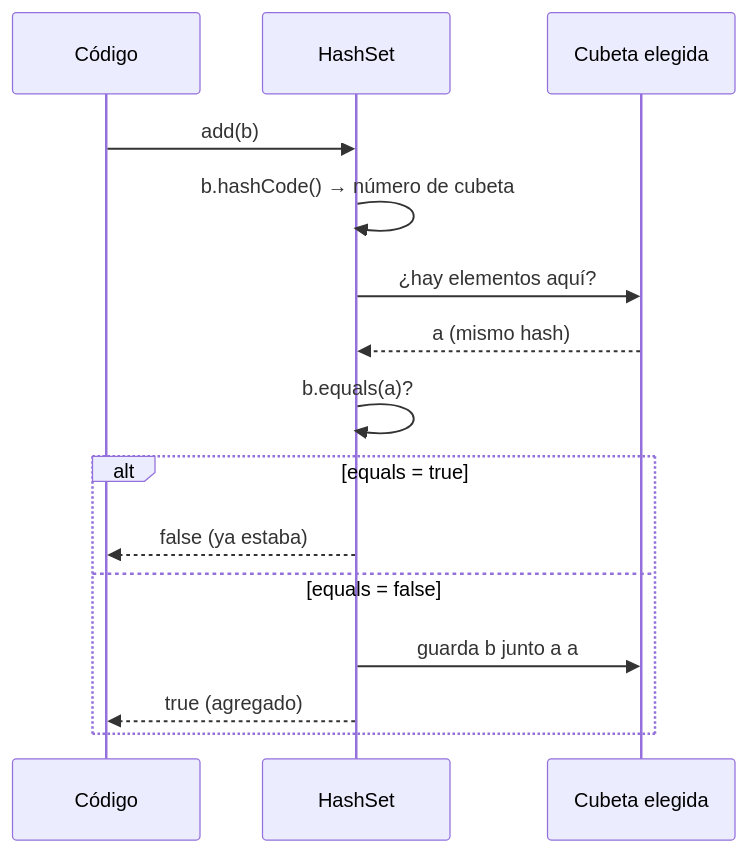
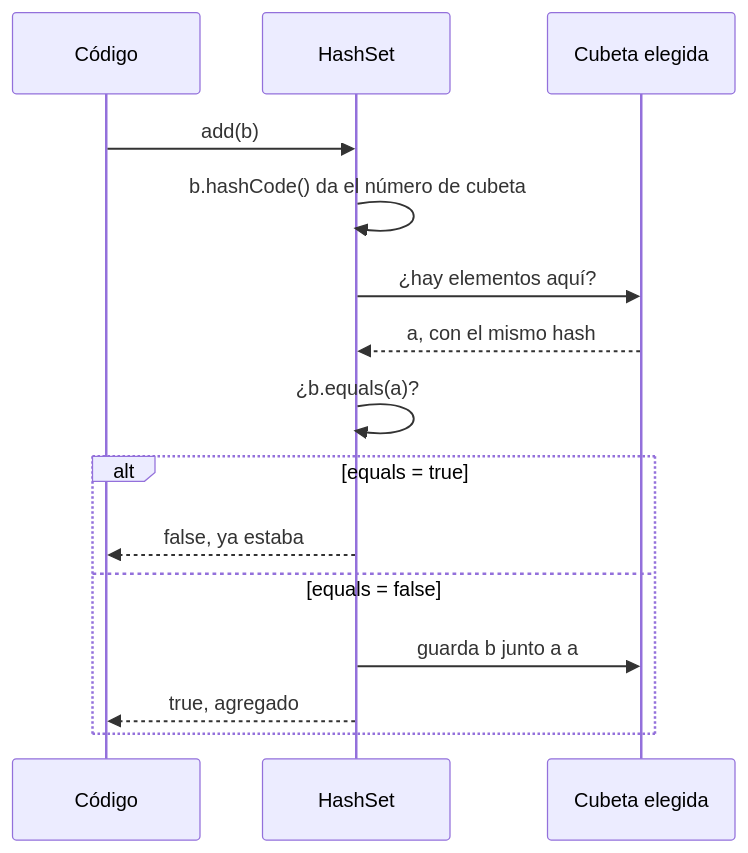
The second of 6 diagrams in web/public/content/java/modulo-2.md (NICORUIZ93/The_Imperial_Book), drawn with Mermaid before and after one commit. The commit also changed other lines of this file and 65 other files, not shown here.

````diff
--- a/web/public/content/java/modulo-2.md
+++ b/web/public/content/java/modulo-2.md
@@ -528,17 +633,17 @@
 ```mermaid
 sequenceDiagram
   participant C as Código
   participant H as HashSet
   participant B as Cubeta elegida
   C->>H: add(b)
-  H->>H: b.hashCode() → número de cubeta
+  H->>H: b.hashCode() da el número de cubeta
   H->>B: ¿hay elementos aquí?
-  B-->>H: a (mismo hash)
-  H->>H: b.equals(a)?
+  B-->>H: a, con el mismo hash
+  H->>H: ¿b.equals(a)?
   alt equals = true
-    H-->>C: false (ya estaba)
+    H-->>C: false, ya estaba
   else equals = false
     H->>B: guarda b junto a a
-    H-->>C: true (agregado)
+    H-->>C: true, agregado
   end
 ```
````
